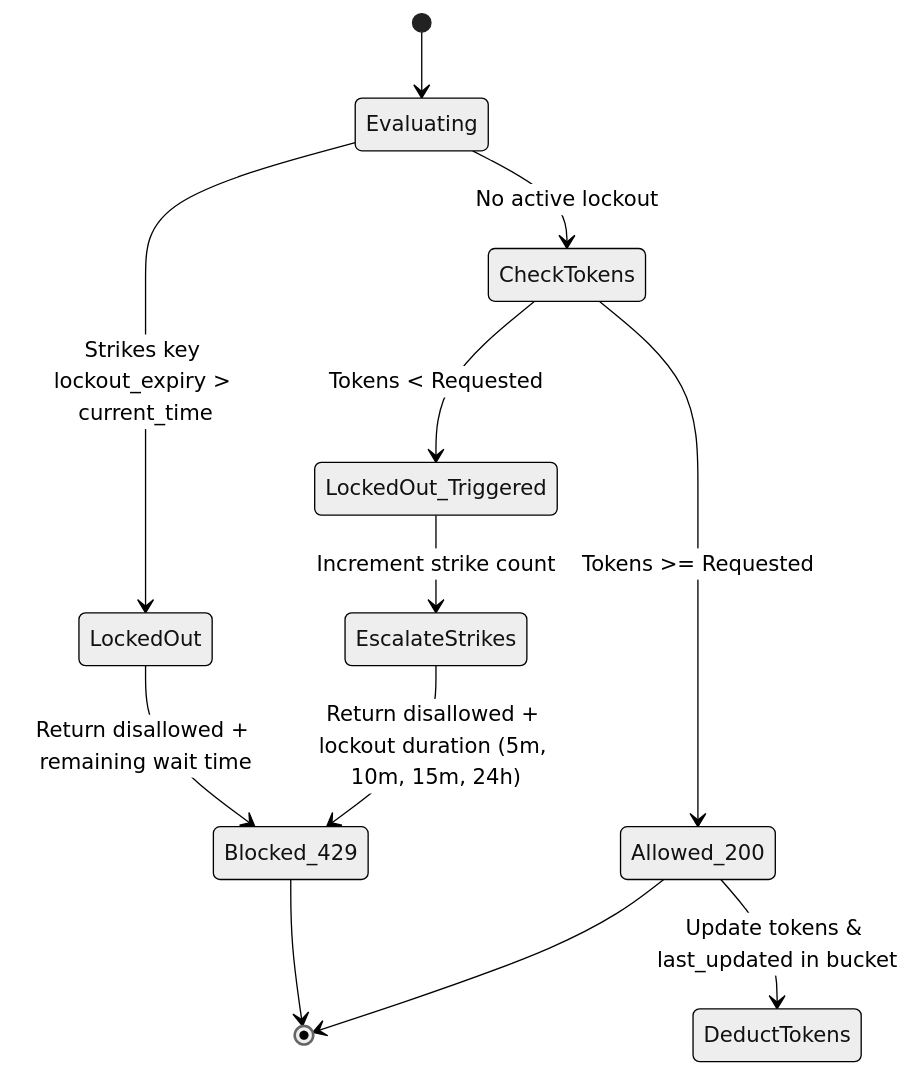
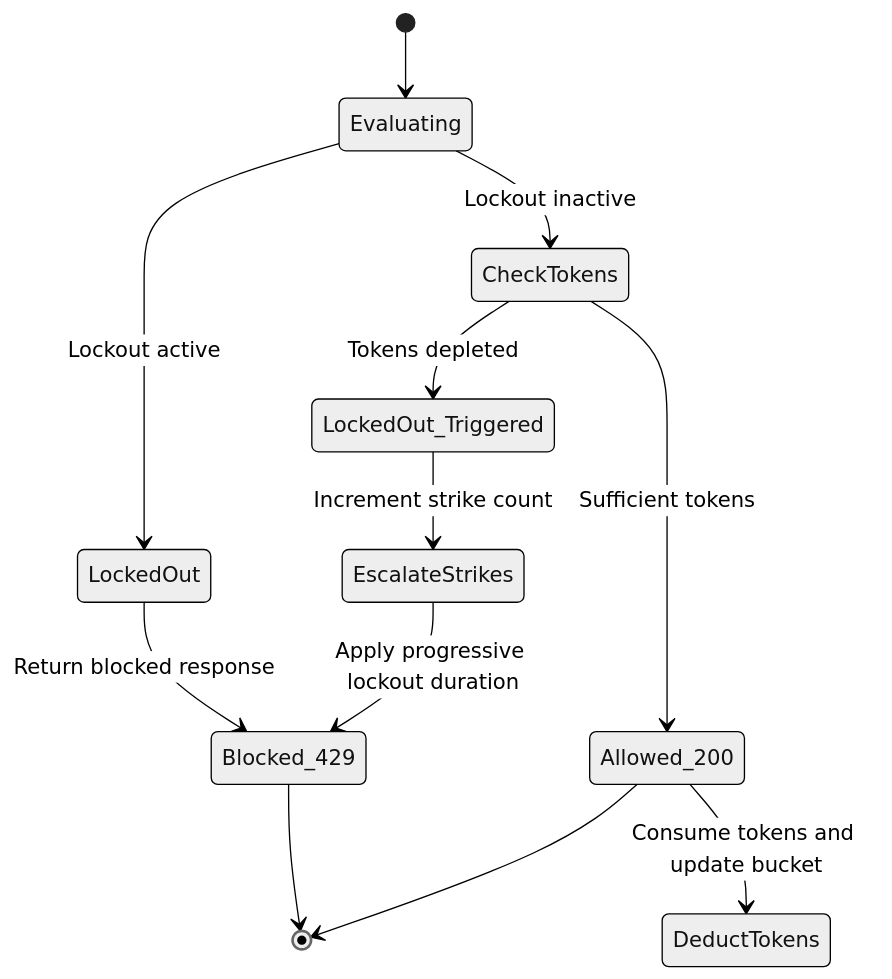
The second of 2 diagrams in README.md (Rakeshbakolia/Rate-Limiter), drawn with Mermaid (neutral theme) before and after one commit. The commit also changed other lines of this file, not shown here.

Commit message:
Sanitize all special characters in Mermaid diagram configurations for complete parse compatibility

````diff
--- a/README.md
+++ b/README.md
@@ -44,18 +44,18 @@
 ```mermaid
 stateDiagram-v2
     [*] --> Evaluating
     
-    Evaluating --> LockedOut : Strikes key lockout_expiry > current_time
-    LockedOut --> Blocked_429 : Return disallowed + remaining wait time
+    Evaluating --> LockedOut : Lockout active
+    LockedOut --> Blocked_429 : Return blocked response
     
-    Evaluating --> CheckTokens : No active lockout
-    CheckTokens --> Allowed_200 : Tokens >= Requested
-    Allowed_200 --> DeductTokens : Update tokens & last_updated in bucket
+    Evaluating --> CheckTokens : Lockout inactive
+    CheckTokens --> Allowed_200 : Sufficient tokens
+    Allowed_200 --> DeductTokens : Consume tokens and update bucket
     
-    CheckTokens --> LockedOut_Triggered : Tokens < Requested
+    CheckTokens --> LockedOut_Triggered : Tokens depleted
     LockedOut_Triggered --> EscalateStrikes : Increment strike count
-    EscalateStrikes --> Blocked_429 : Return disallowed + lockout duration (5m, 10m, 15m, 24h)
+    EscalateStrikes --> Blocked_429 : Apply progressive lockout duration
     
     Blocked_429 --> [*]
     Allowed_200 --> [*]
 ```
````
